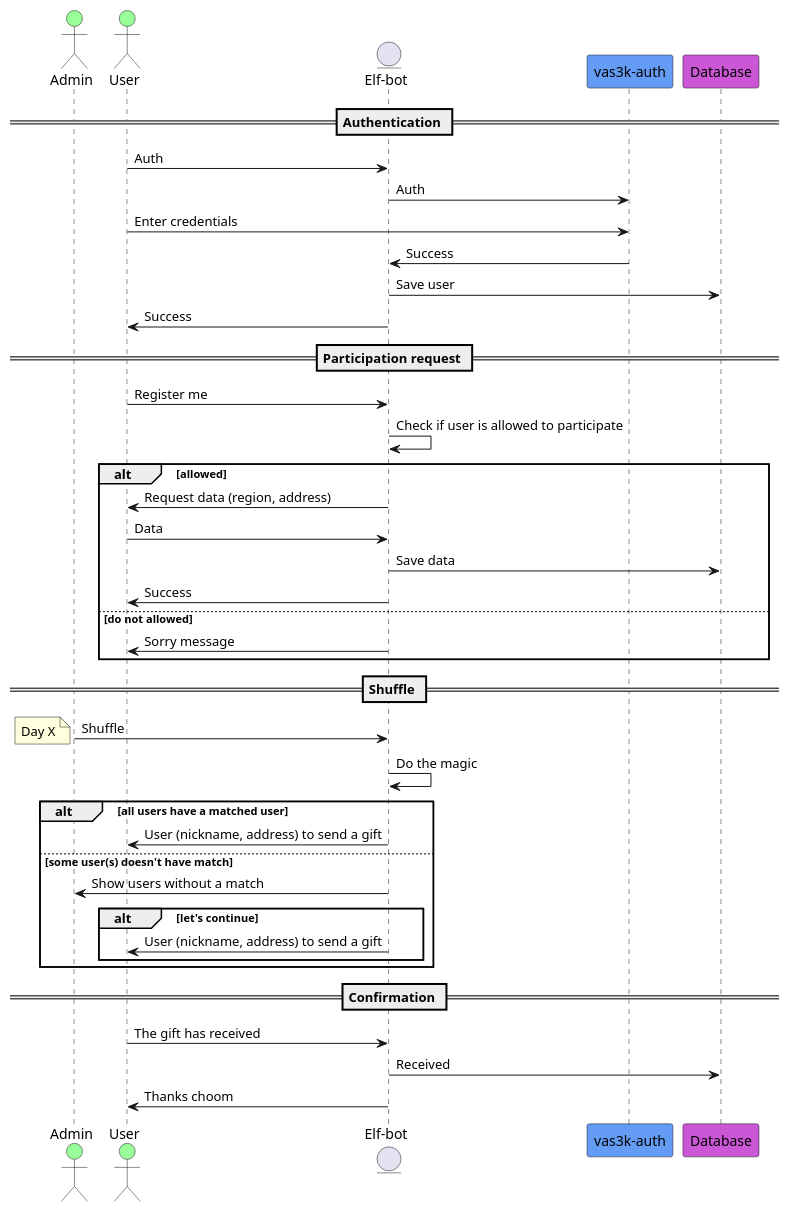
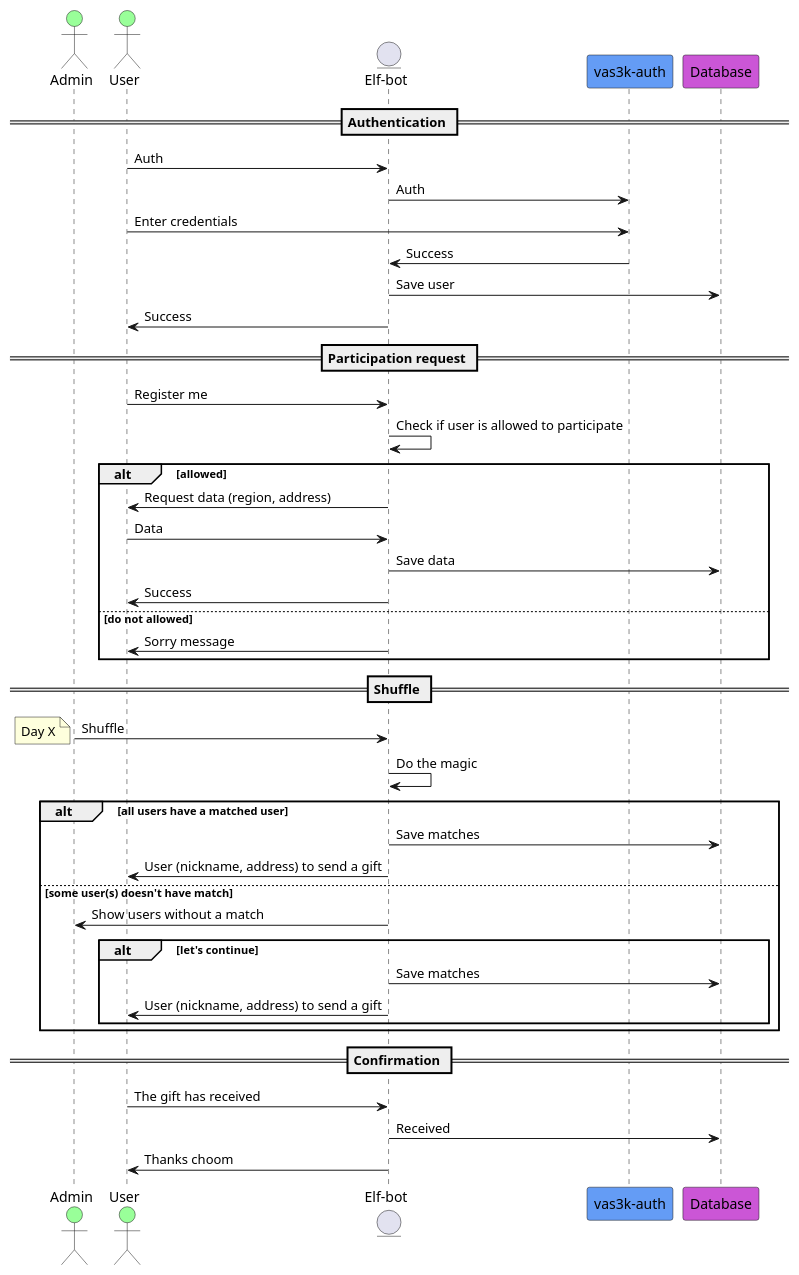
Before and after one commit to Maxuz/vas3k-santa: the diagram in README.md, drawn with PlantUML. The commit also changed other lines of this file and 35 other files, not shown here.

````diff
--- a/README.md
+++ b/README.md
@@ -7,56 +7,58 @@
 ```plantuml
 actor "Admin" as admin #99FF99
 actor "User" as user #99FF99
 entity "Elf-bot" as elf
 participant "vas3k-auth" as auth #649cf5
 participant "Database" as db #cb56d6
 
 ' Authentication is only for the first time
 == Authentication ==
 user -> elf: Auth
 elf -> auth: Auth
 'considering only positive case, to keep the diagram simple
 user -> auth: Enter credentials
 auth -> elf: Success
 elf -> db: Save user
 elf -> user: Success
 
 
 == Participation request ==
 user -> elf: Register me
 elf -> elf: Check if user is allowed to participate
 alt allowed
     elf -> user: Request data (region, address)
     user -> elf: Data
     elf -> db: Save data
     elf -> user: Success
 else do not allowed
     elf -> user: Sorry message
 end
 
 
 == Shuffle ==
 
 admin -> elf: Shuffle
 note left: Day X
 
 elf -> elf: Do the magic
 
 alt all users have a matched user
+    elf -> db: Save matches
     elf -> user: User (nickname, address) to send a gift
 else some user(s) doesn't have match
     elf -> admin: Show users without a match
     
     alt let's continue
+        elf -> db: Save matches
         elf -> user: User (nickname, address) to send a gift
     end
 end
 
 == Confirmation ==
 
 user -> elf: The gift has received
 elf -> db: Received
 elf -> user: Thanks choom
 
 
 ```
````
